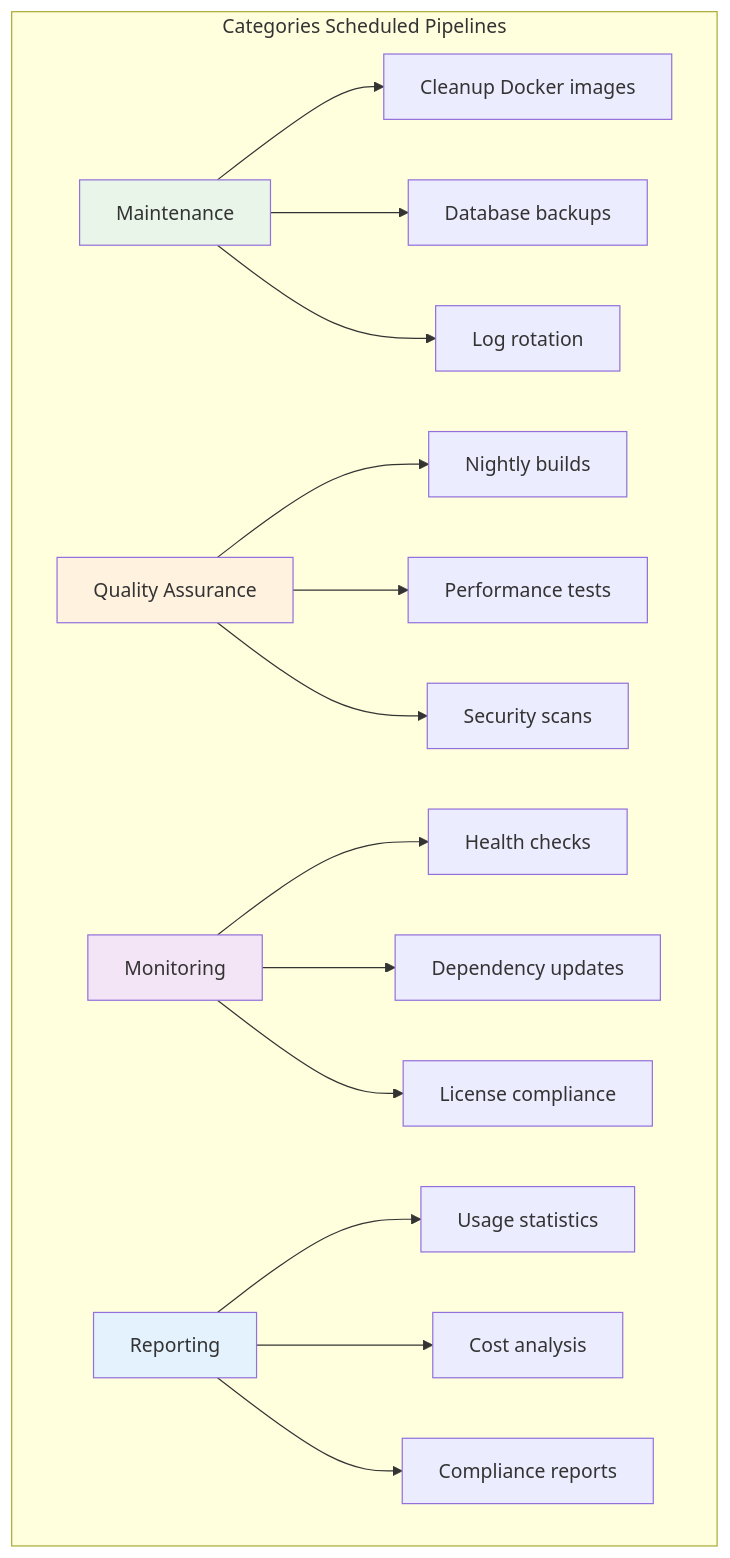
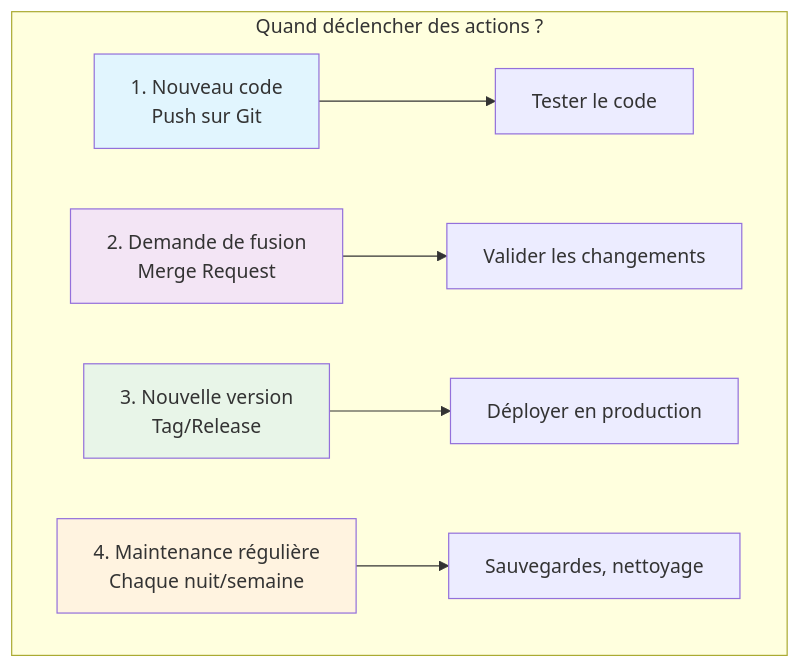
One commit to hassanaym83/Formation_Devops changed diagram 34 of 38 in Sprint2-Containerisation-CICD/Semaine-3-GitLab-CICD/cours/S2_S3_Seance1_introduction_gitlab_ci.md. Above: the diagram before and after it, drawn with Mermaid. The commit also changed other lines of this file, not shown here.

Commit message:
NEx changes chapter7 Semaine3 Sprint2 Validated

````diff
--- a/Sprint2-Containerisation-CICD/Semaine-3-GitLab-CICD/cours/S2_S3_Seance1_introduction_gitlab_ci.md
+++ b/Sprint2-Containerisation-CICD/Semaine-3-GitLab-CICD/cours/S2_S3_Seance1_introduction_gitlab_ci.md
@@ -3671,25 +3818,14 @@
 ```mermaid
 graph TB
-    subgraph "Categories Scheduled Pipelines"
-        A[Maintenance] --> A1[Cleanup Docker images]
-        A --> A2[Database backups]
-        A --> A3[Log rotation]
-
-        B[Quality Assurance] --> B1[Nightly builds]
-        B --> B2[Performance tests]
-        B --> B3[Security scans]
-
-        C[Monitoring] --> C1[Health checks]
-        C --> C2[Dependency updates]
-        C --> C3[License compliance]
-
-        D[Reporting] --> D1[Usage statistics]
-        D --> D2[Cost analysis]
-        D --> D3[Compliance reports]
+    subgraph "Quand déclencher des actions ?"
+        A[1. Nouveau code<br/>Push sur Git] --> A1[Tester le code]
+        B[2. Demande de fusion<br/>Merge Request] --> B1[Valider les changements]
+        C[3. Nouvelle version<br/>Tag/Release] --> C1[Déployer en production]
+        D[4. Maintenance régulière<br/>Chaque nuit/semaine] --> D1[Sauvegardes, nettoyage]
     end
 
-    style A fill:#e8f5e8
-    style B fill:#fff3e0
-    style C fill:#f3e5f5
-    style D fill:#e3f2fd
+    style A fill:#e1f5fe
+    style B fill:#f3e5f5
+    style C fill:#e8f5e8
+    style D fill:#fff3e0
 ```
````
